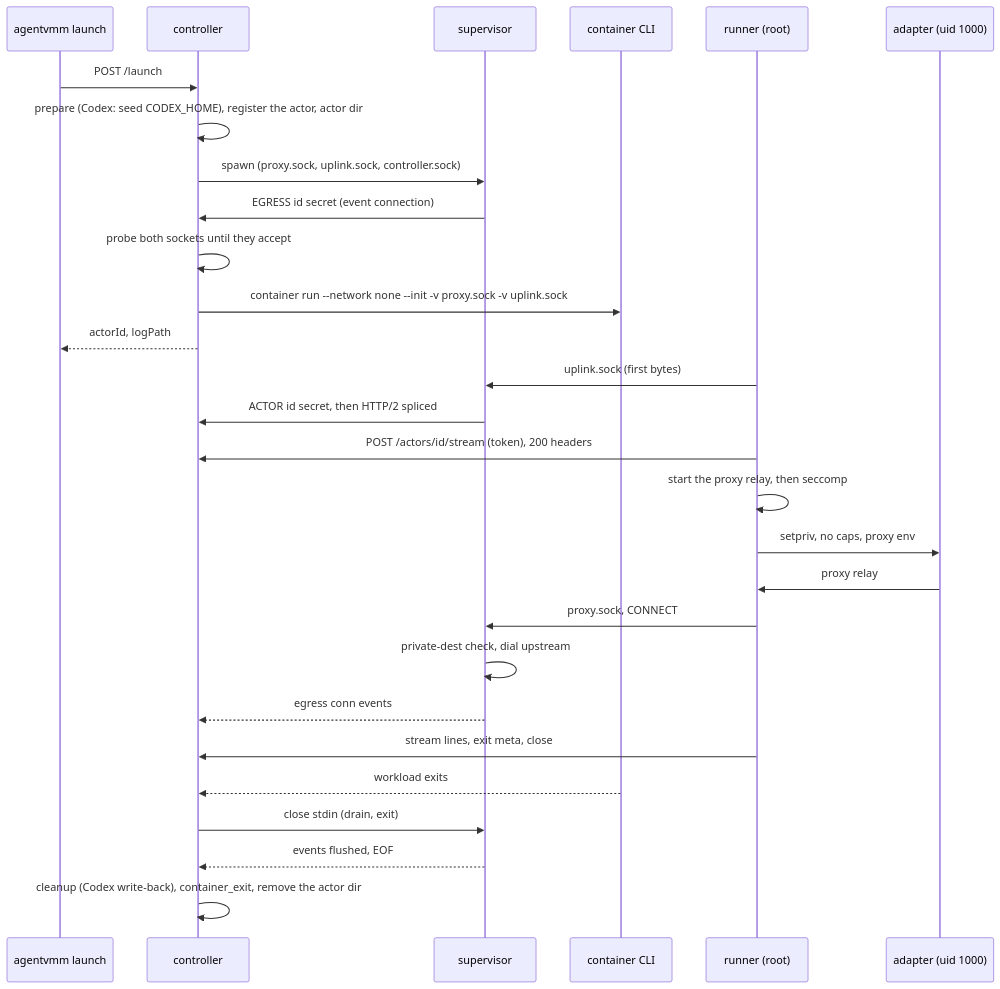
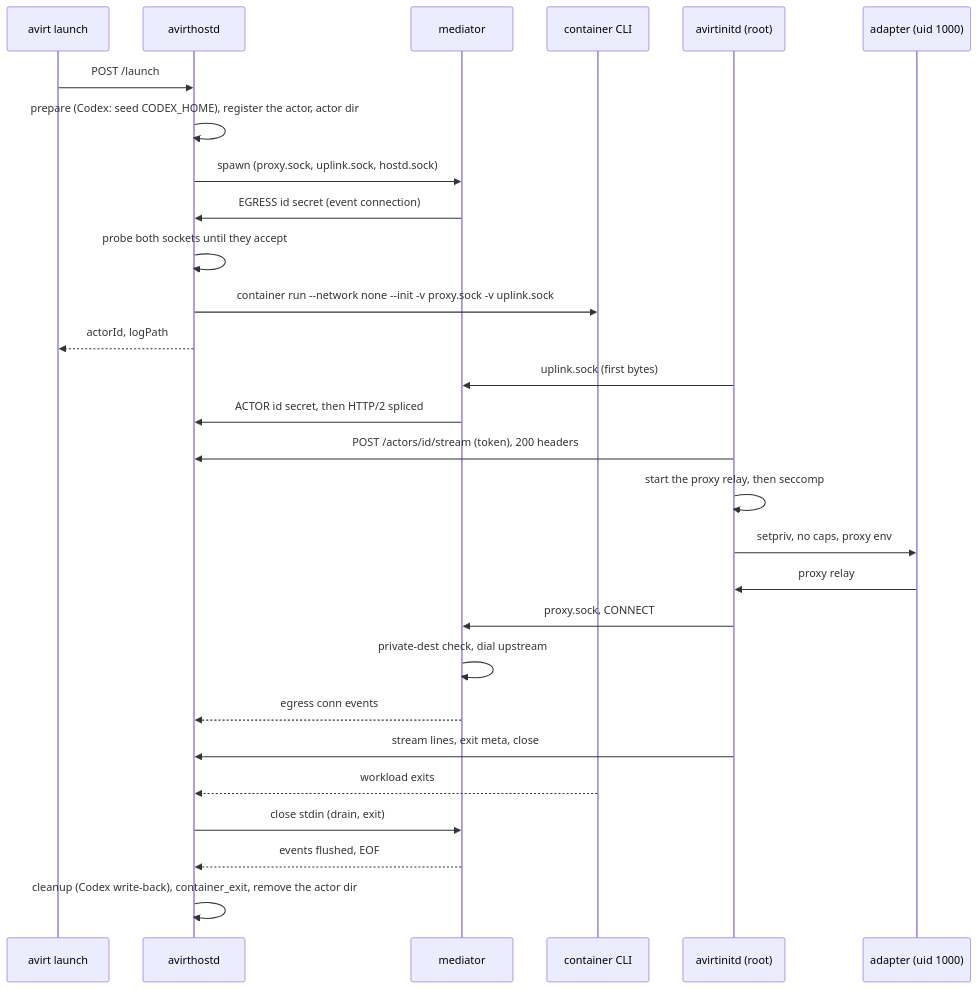
The diagram in docs/lifecycle.md (tbhb-dev/avirt), drawn with Mermaid before and after one commit. The commit also changed other lines of this file and 94 other files, not shown here.

````diff
--- a/docs/lifecycle.md
+++ b/docs/lifecycle.md
@@ -14,30 +14,30 @@
 ```mermaid
 sequenceDiagram
-    participant CLI as agentvmm launch
-    participant C as controller
-    participant S as supervisor
+    participant CLI as avirt launch
+    participant C as avirthostd
+    participant S as mediator
     participant K as container CLI
-    participant R as runner (root)
+    participant R as avirtinitd (root)
     participant A as adapter (uid 1000)
     CLI->>C: POST /launch
     C->>C: prepare (Codex: seed CODEX_HOME), register the actor, actor dir
-    C->>S: spawn (proxy.sock, uplink.sock, controller.sock)
+    C->>S: spawn (proxy.sock, uplink.sock, hostd.sock)
     S->>C: EGRESS id secret (event connection)
     C->>C: probe both sockets until they accept
     C->>K: container run --network none --init -v proxy.sock -v uplink.sock
     C-->>CLI: actorId, logPath
     R->>S: uplink.sock (first bytes)
     S->>C: ACTOR id secret, then HTTP/2 spliced
     R->>C: POST /actors/id/stream (token), 200 headers
     R->>R: start the proxy relay, then seccomp
     R->>A: setpriv, no caps, proxy env
     A->>R: proxy relay
     R->>S: proxy.sock, CONNECT
     S->>S: private-dest check, dial upstream
     S-->>C: egress conn events
     R->>C: stream lines, exit meta, close
     K-->>C: workload exits
     C->>S: close stdin (drain, exit)
     S-->>C: events flushed, EOF
     C->>C: cleanup (Codex write-back), container_exit, remove the actor dir
 ```
````
